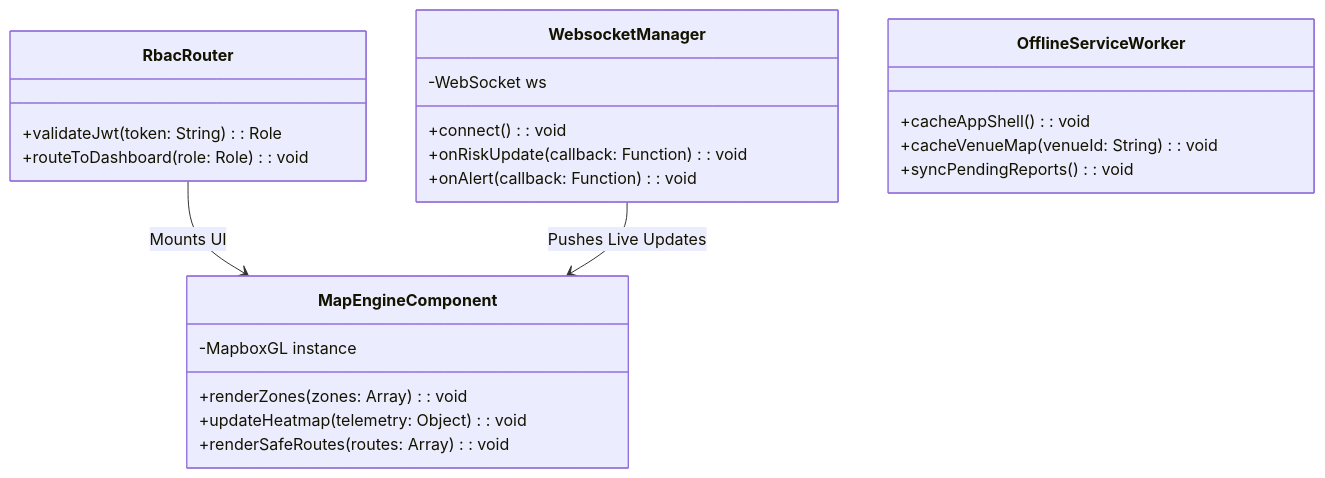
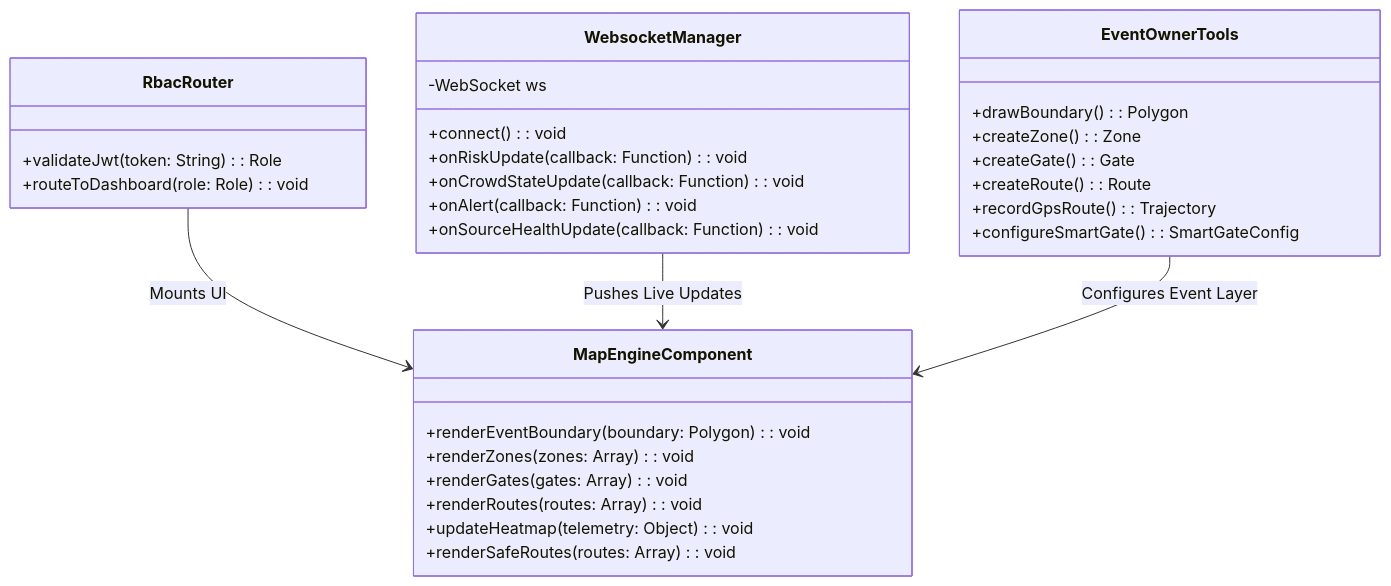
The second of 3 diagrams in docs/04_LLD.md (algorithnicmind/crowdcatchup), drawn with Mermaid before and after one commit. The commit also changed other lines of this file and 8 other files, not shown here.

````diff
--- a/docs/04_LLD.md
+++ b/docs/04_LLD.md
@@ -56,30 +74,38 @@
 ```mermaid
 classDiagram
     class RbacRouter {
         +validateJwt(token: String): Role
         +routeToDashboard(role: Role): void
     }
 
     class MapEngineComponent {
-        -MapboxGL instance
+        +renderEventBoundary(boundary: Polygon): void
         +renderZones(zones: Array): void
+        +renderGates(gates: Array): void
+        +renderRoutes(routes: Array): void
         +updateHeatmap(telemetry: Object): void
         +renderSafeRoutes(routes: Array): void
     }
 
     class WebsocketManager {
         -WebSocket ws
         +connect(): void
         +onRiskUpdate(callback: Function): void
+        +onCrowdStateUpdate(callback: Function): void
         +onAlert(callback: Function): void
+        +onSourceHealthUpdate(callback: Function): void
     }
 
-    class OfflineServiceWorker {
-        +cacheAppShell(): void
-        +cacheVenueMap(venueId: String): void
-        +syncPendingReports(): void
+    class EventOwnerTools {
+        +drawBoundary(): Polygon
+        +createZone(): Zone
+        +createGate(): Gate
+        +createRoute(): Route
+        +recordGpsRoute(): Trajectory
+        +configureSmartGate(): SmartGateConfig
     }
 
     RbacRouter --> MapEngineComponent : Mounts UI
     WebsocketManager --> MapEngineComponent : Pushes Live Updates
+    EventOwnerTools --> MapEngineComponent : Configures Event Layer
 ```
````
